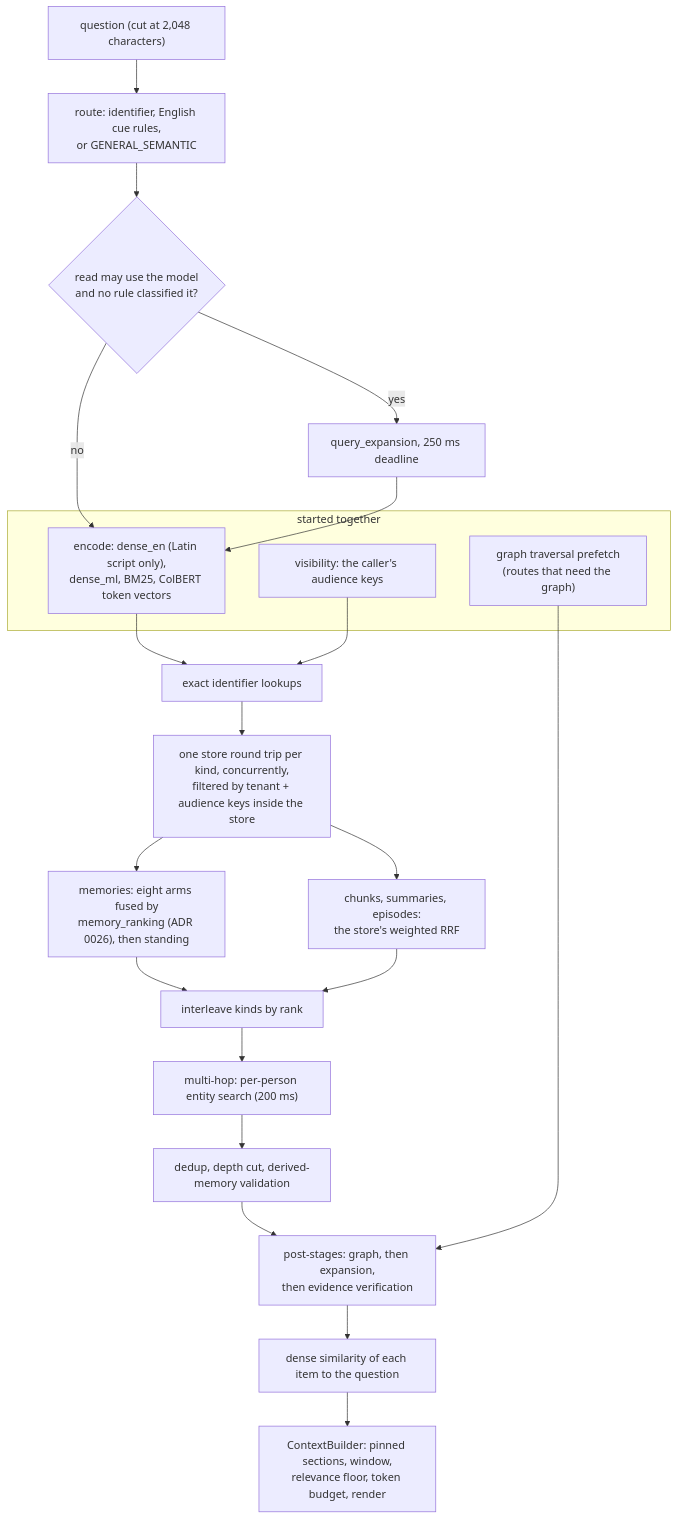
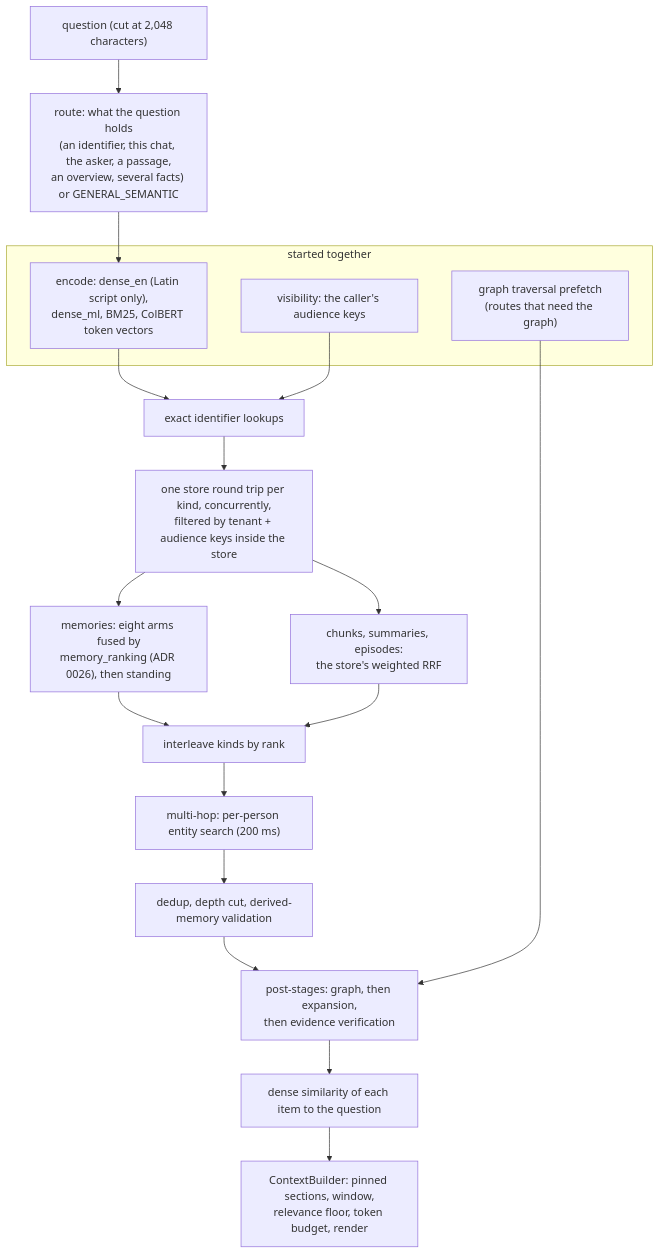
Before and after one commit to amitmohapatra/agent-memory-service: the first of 3 diagrams in docs/guide/04-retrieval.md, drawn with Mermaid. The commit also changed other lines of this file and 20 other files, not shown here.

````diff
--- a/docs/guide/04-retrieval.md
+++ b/docs/guide/04-retrieval.md
@@ -19,26 +19,23 @@
 ```mermaid
 flowchart TB
-  Q["question (cut at 2,048 characters)"] --> RT["route: identifier, English cue rules,<br/>or GENERAL_SEMANTIC"]
-  RT --> EXP{"read may use the model<br/>and no rule classified it?"}
-  EXP -->|yes| QE["query_expansion, 250 ms deadline"]
-  EXP -->|no| ENC
-  QE --> ENC
+  Q["question (cut at 2,048 characters)"] --> RT["route: what the question holds<br/>(an identifier, this chat, the asker, a passage,<br/>an overview, several facts) or GENERAL_SEMANTIC"]
+  RT --> ENC
   subgraph concurrent[started together]
     ENC["encode: dense_en (Latin script only),<br/>dense_ml, BM25, ColBERT token vectors"]
     VIS["visibility: the caller's audience keys"]
     GP["graph traversal prefetch<br/>(routes that need the graph)"]
   end
   ENC --> EX["exact identifier lookups"]
   VIS --> EX
   EX --> KINDS["one store round trip per kind, concurrently,<br/>filtered by tenant + audience keys inside the store"]
   KINDS --> MEM["memories: eight arms fused by<br/>memory_ranking (ADR 0026), then standing"]
   KINDS --> DOC["chunks, summaries, episodes:<br/>the store's weighted RRF"]
   MEM --> MIX["interleave kinds by rank"]
   DOC --> MIX
   MIX --> ES["multi-hop: per-person entity search (200 ms)"]
   ES --> CUT["dedup, depth cut, derived-memory validation"]
   CUT --> POST["post-stages: graph, then expansion,<br/>then evidence verification"]
   GP --> POST
   POST --> SIM["dense similarity of each item to the question"]
   SIM --> PACK["ContextBuilder: pinned sections, window,<br/>relevance floor, token budget, render"]
 ```
````
